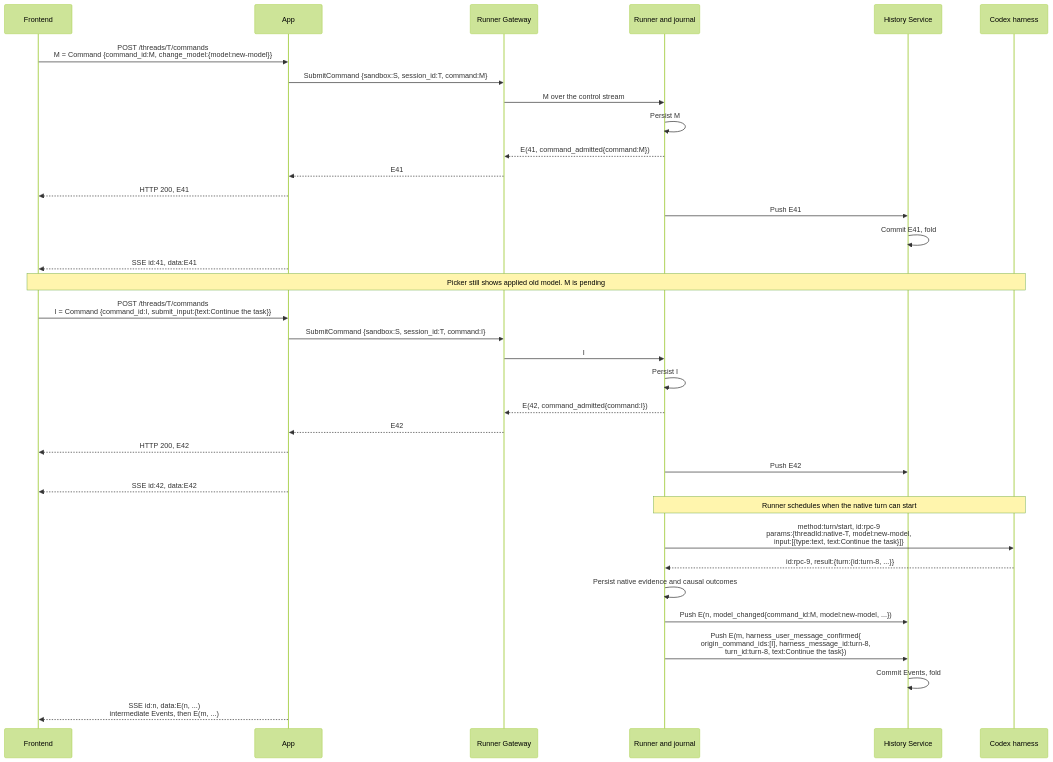
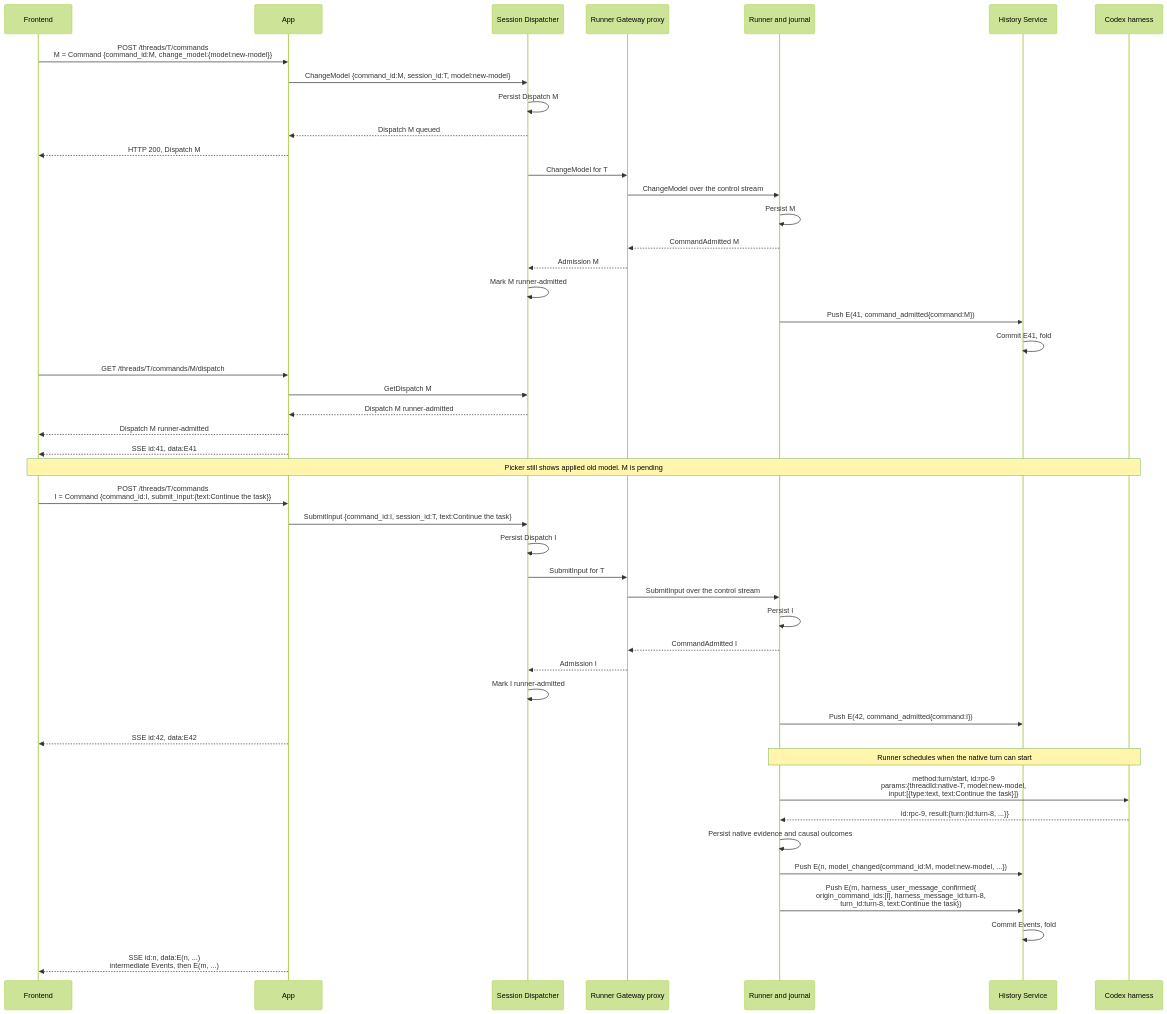
Before and after one commit to agentydragon-agent/ducktape: the second of 5 diagrams in agentplane/docs/thread_layering.md, drawn with Mermaid (forest theme). The commit also changed other lines of this file and 15 other files, not shown here.

````diff
--- a/agentplane/docs/thread_layering.md
+++ b/agentplane/docs/thread_layering.md
@@ -296,37 +291,48 @@
 ```mermaid
 sequenceDiagram
     participant F as Frontend
     participant A as App
-    participant G as Runner Gateway
+    participant SD as Session Dispatcher
+    participant G as Runner Gateway proxy
     participant R as Runner and journal
     participant HS as History Service
     participant H as Codex harness
     F->>A: POST /threads/T/commands<br/>M = Command {command_id:M, change_model:{model:new-model}}
-    A->>G: SubmitCommand {sandbox:S, session_id:T, command:M}
-    G->>R: M over the control stream
+    A->>SD: ChangeModel {command_id:M, session_id:T, model:new-model}
+    SD->>SD: Persist Dispatch M
+    SD-->>A: Dispatch M queued
+    A-->>F: HTTP 200, Dispatch M
+    SD->>G: ChangeModel for T
+    G->>R: ChangeModel over the control stream
     R->>R: Persist M
-    R-->>G: E(41, command_admitted{command:M})
-    G-->>A: E41
-    A-->>F: HTTP 200, E41
-    R->>HS: Push E41
+    R-->>G: CommandAdmitted M
+    G-->>SD: Admission M
+    SD->>SD: Mark M runner-admitted
+    R->>HS: Push E(41, command_admitted{command:M})
     HS->>HS: Commit E41, fold
+    F->>A: GET /threads/T/commands/M/dispatch
+    A->>SD: GetDispatch M
+    SD-->>A: Dispatch M runner-admitted
+    A-->>F: Dispatch M runner-admitted
     A-->>F: SSE id:41, data:E41
     Note over F,H: Picker still shows applied old model. M is pending
     F->>A: POST /threads/T/commands<br/>I = Command {command_id:I, submit_input:{text:Continue the task}}
-    A->>G: SubmitCommand {sandbox:S, session_id:T, command:I}
-    G->>R: I
+    A->>SD: SubmitInput {command_id:I, session_id:T, text:Continue the task}
+    SD->>SD: Persist Dispatch I
+    SD->>G: SubmitInput for T
+    G->>R: SubmitInput over the control stream
     R->>R: Persist I
-    R-->>G: E(42, command_admitted{command:I})
-    G-->>A: E42
-    A-->>F: HTTP 200, E42
-    R->>HS: Push E42
+    R-->>G: CommandAdmitted I
+    G-->>SD: Admission I
+    SD->>SD: Mark I runner-admitted
+    R->>HS: Push E(42, command_admitted{command:I})
     A-->>F: SSE id:42, data:E42
     Note over R,H: Runner schedules when the native turn can start
     R->>H: method:turn/start, id:rpc-9<br/>params:{threadId:native-T, model:new-model,<br/>input:[{type:text, text:Continue the task}]}
     H-->>R: id:rpc-9, result:{turn:{id:turn-8, ...}}
     R->>R: Persist native evidence and causal outcomes
     R->>HS: Push E(n, model_changed{command_id:M, model:new-model, ...})
     R->>HS: Push E(m, harness_user_message_confirmed{<br/>origin_command_ids:[I], harness_message_id:turn-8,<br/>turn_id:turn-8, text:Continue the task})
     HS->>HS: Commit Events, fold
     A-->>F: SSE id:n, data:E(n, ...)<br/>intermediate Events, then E(m, ...)
 ```
````
